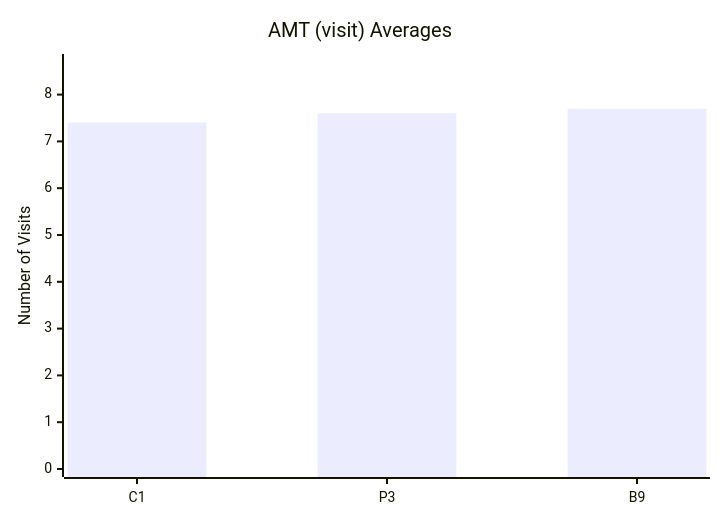
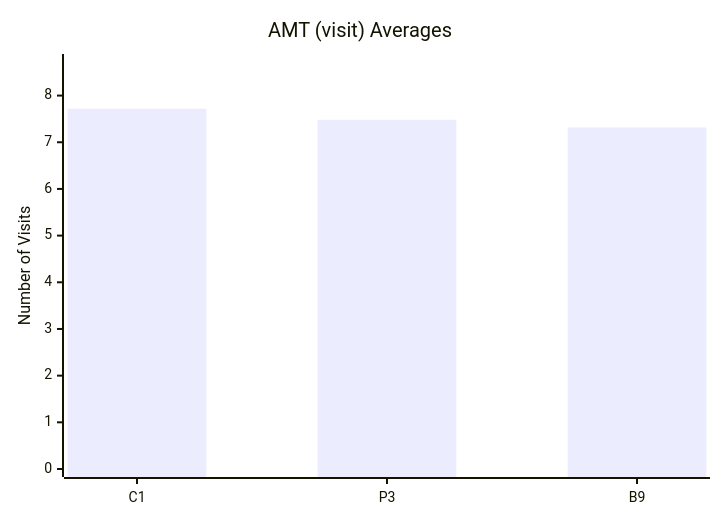
One commit to dhagan-va/intern-2025 changed the tenth of 10 diagrams in test-tools/DataGen/src/Statistics_Visualizer.md. Above: the diagram before and after it, drawn with Mermaid. The commit also changed other lines of this file, not shown here.

````diff
--- a/test-tools/DataGen/src/Statistics_Visualizer.md
+++ b/test-tools/DataGen/src/Statistics_Visualizer.md
@@ -107,7 +107,7 @@
 ```mermaid
 xychart-beta
     title "AMT (visit) Averages"
     x-axis ["C1", "P3", "B9"]
-    y-axis "Number of Visits" 0 --> 8.696651674162919
-    bar [7.4047976011994, 7.598700649675163, 7.6966516741629185]
+    y-axis "Number of Visits" 0 --> 8.719280719280718
+    bar [7.719280719280719, 7.481518481518481, 7.316683316683316]
 ```
````
